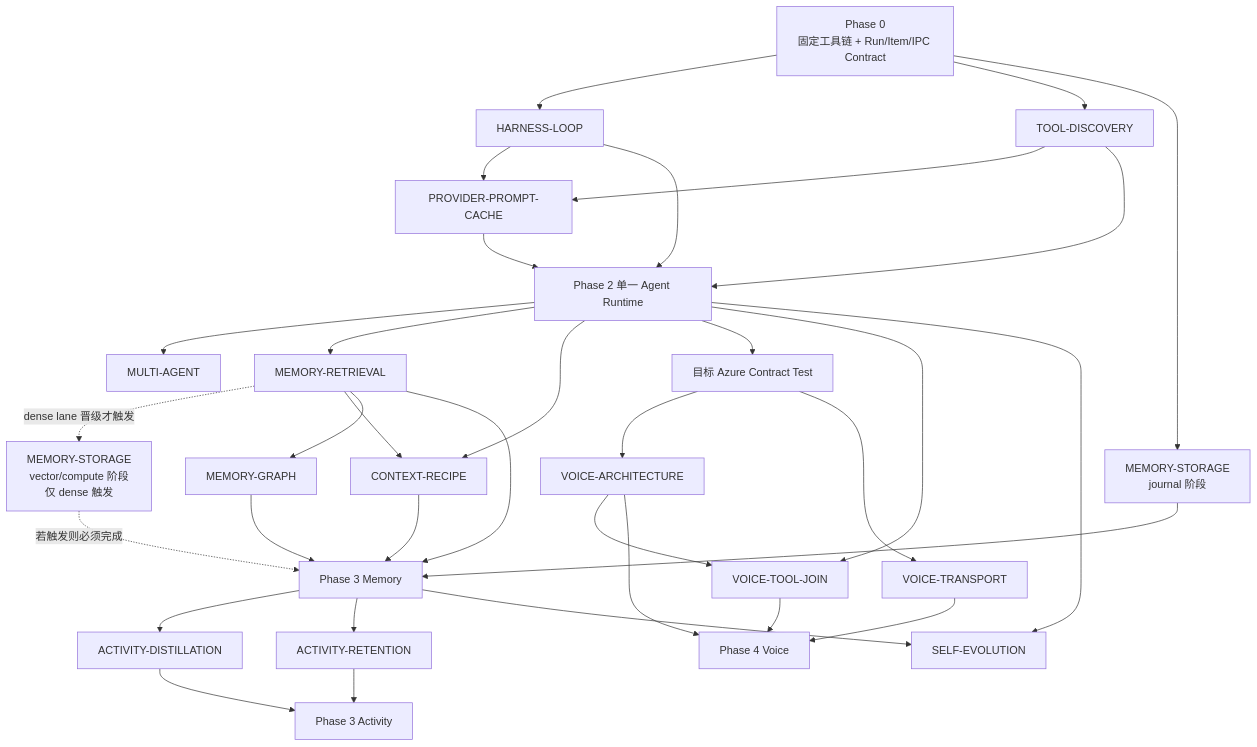
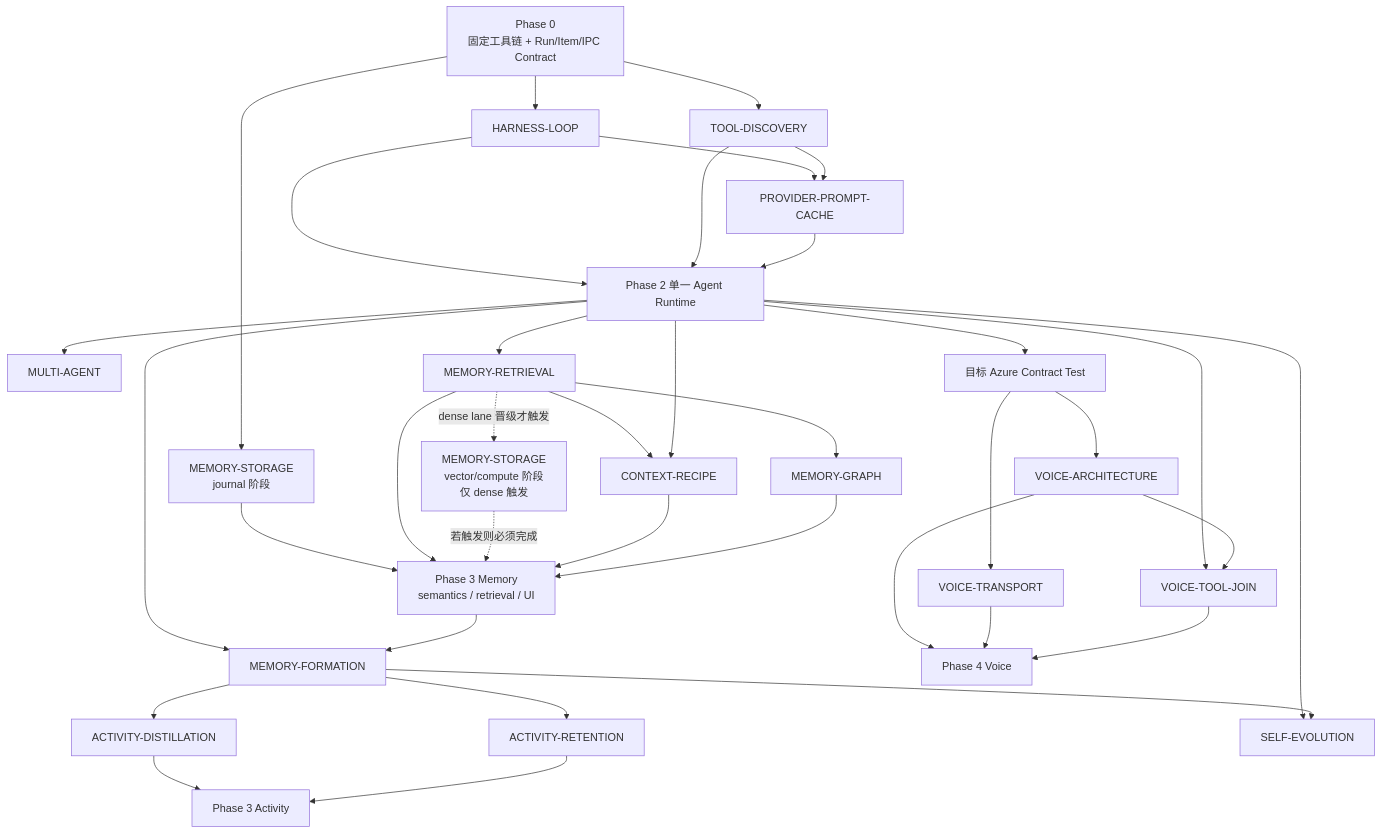
One commit to MicroYui/chara-mate changed the diagram in refactor-architecture-decisions-2026-07-31.md. Above: the diagram before and after it, drawn with Mermaid. The commit also changed other lines of this file and 25 other files, not shown here.

````diff
--- a/refactor-architecture-decisions-2026-07-31.md
+++ b/refactor-architecture-decisions-2026-07-31.md
@@ -277,64 +278,67 @@
 ```mermaid
 flowchart TD
     F["Phase 0<br/>固定工具链 + Run/Item/IPC Contract"]
     H["HARNESS-LOOP"]
     T["TOOL-DISCOVERY"]
     PC["PROVIDER-PROMPT-CACHE"]
     A["Phase 2 单一 Agent Runtime"]
     MA["MULTI-AGENT"]
 
     SJ["MEMORY-STORAGE<br/>journal 阶段"]
     R["MEMORY-RETRIEVAL"]
     SV["MEMORY-STORAGE<br/>vector/compute 阶段<br/>仅 dense 触发"]
     C["CONTEXT-RECIPE"]
     G["MEMORY-GRAPH"]
-    M["Phase 3 Memory"]
+    M["Phase 3 Memory<br/>semantics / retrieval / UI"]
+    MF["MEMORY-FORMATION"]
     AD["ACTIVITY-DISTILLATION"]
     AR["ACTIVITY-RETENTION"]
     ACT["Phase 3 Activity"]
 
     VC["目标 Azure Contract Test"]
     VA["VOICE-ARCHITECTURE"]
     VT["VOICE-TRANSPORT"]
     VJ["VOICE-TOOL-JOIN"]
     V["Phase 4 Voice"]
 
     SE["SELF-EVOLUTION"]
 
     F --> H
     F --> T
     H --> PC
     T --> PC
     H --> A
     T --> A
     PC --> A
     A --> MA
 
     F --> SJ
     A --> R
     R -.->|dense lane 晋级才触发| SV
     R --> C
     A --> C
     R --> G
     SJ --> M
     R --> M
     SV -.->|若触发则必须完成| M
     C --> M
     G --> M
-    M --> AD
-    M --> AR
+    A --> MF
+    M --> MF
+    MF --> AD
+    MF --> AR
     AD --> ACT
     AR --> ACT
 
     A --> VC
     VC --> VA
     VC --> VT
     A --> VJ
     VA --> VJ
     VA --> V
     VT --> V
     VJ --> V
 
     A --> SE
-    M --> SE
+    MF --> SE
 ```
````
